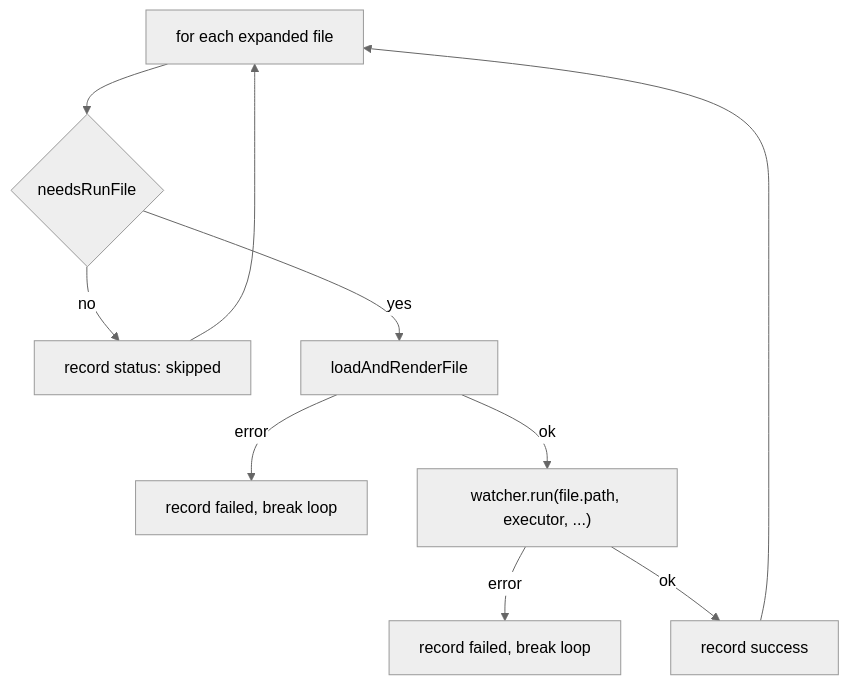
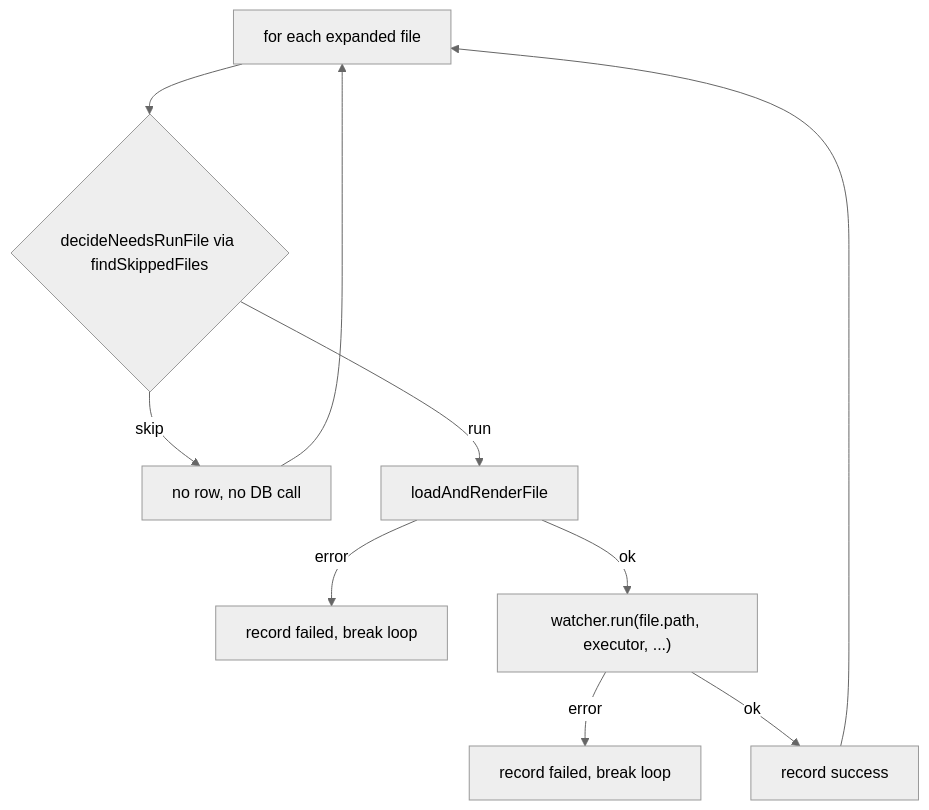
One commit to noormdev/noorm changed the fourth of 5 diagrams in docs/wiki/core-change.md. Above: the diagram before and after it, drawn with Mermaid (neutral theme). The commit also changed other lines of this file and 36 other files, not shown here.

First line of the commit message:
fix(runner): decide skips per batch, record only files that run

````diff
--- a/docs/wiki/core-change.md
+++ b/docs/wiki/core-change.md
@@ -74,11 +74,11 @@
 ```mermaid
 flowchart TD
     %% source: src/core/change/executor.ts, src/core/change/history.ts
-    A["for each expanded file"] --> B{needsRunFile}
-    B -->|no| C["record status: skipped"] --> A
-    B -->|yes| D[loadAndRenderFile]
+    A["for each expanded file"] --> B{"decideNeedsRunFile via findSkippedFiles"}
+    B -->|skip| C["no row, no DB call"] --> A
+    B -->|run| D[loadAndRenderFile]
     D -->|error| E["record failed, break loop"]
     D -->|ok| F["watcher.run(file.path, executor, ...)"]
     F -->|error| G["record failed, break loop"]
     F -->|ok| H["record success"] --> A
 ```
````
